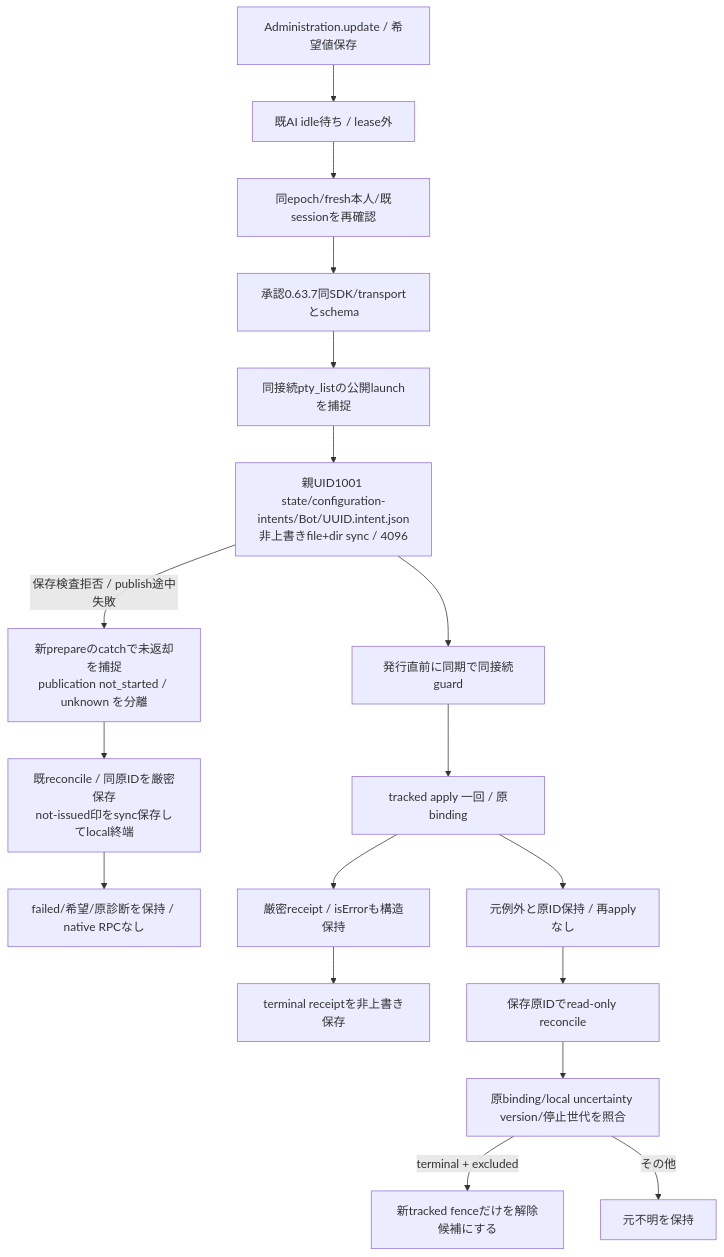
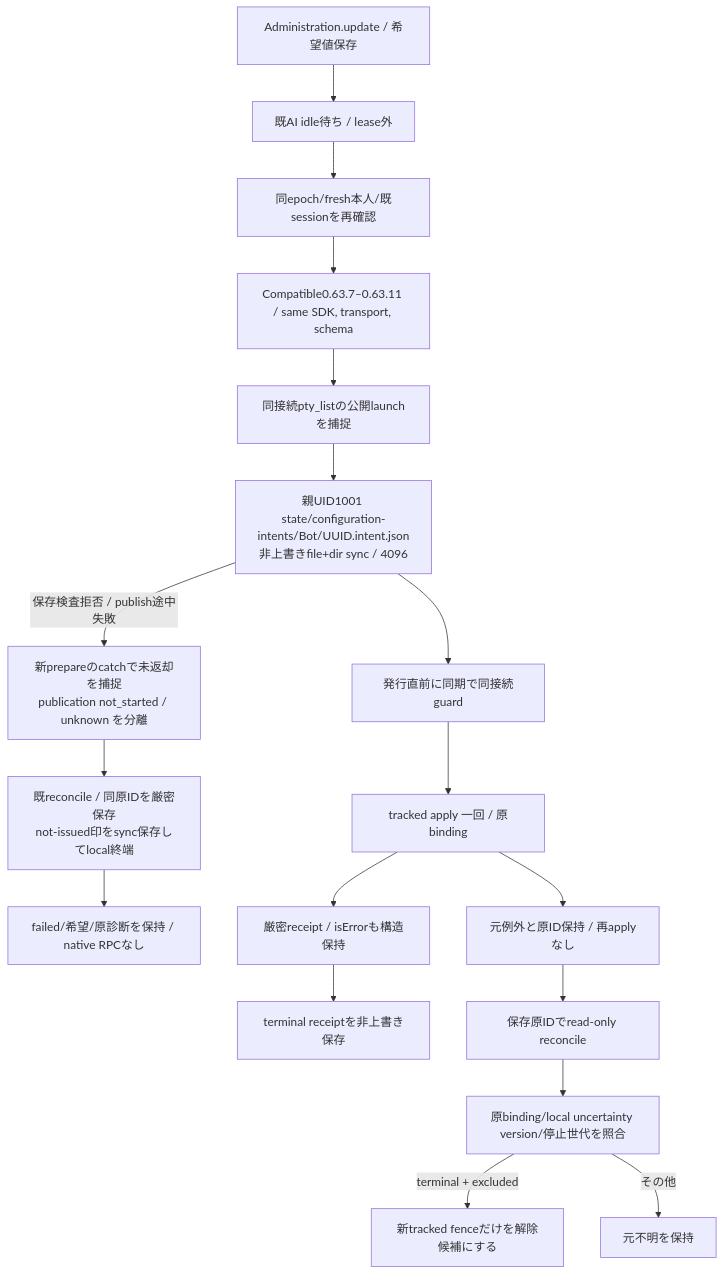
One commit to kitepon/BellTeam changed the diagram in docs/architecture/modules/execution/configuration-requests.md. Above: the diagram before and after it, drawn with Mermaid. The commit also changed other lines of this file and 3 other files, not shown here.

````diff
--- a/docs/architecture/modules/execution/configuration-requests.md
+++ b/docs/architecture/modules/execution/configuration-requests.md
@@ -5,20 +5,20 @@
 ```mermaid
 flowchart TD
   Desired[Administration.update / 希望値保存] --> Idle[既AI idle待ち / lease外]
   Idle --> Fresh[同epoch/fresh本人/既sessionを再確認]
-  Fresh --> Capability[承認0.63.7同SDK/transportとschema]
+  Fresh --> Capability[Compatible0.63.7–0.63.11 / same SDK, transport, schema]
   Capability --> Target[同接続pty_listの公開launchを捕捉]
   Target --> Intent[親UID1001 state/configuration-intents/Bot/UUID.intent.json<br/>非上書きfile+dir sync / 4096]
   Intent --> Guard[発行直前に同期で同接続guard]
   Intent -->|保存検査拒否 / publish途中失敗| Rejected[新prepareのcatchで未返却を捕捉<br/>publication not_started / unknown を分離]
   Rejected --> Local[既reconcile / 同原IDを厳密保存<br/>not-issued印をsync保存してlocal終端]
   Local --> KeepHistory[failed/希望/原診断を保持 / native RPCなし]
   Guard --> Apply[tracked apply 一回 / 原binding]
   Apply --> Receipt[厳密receipt / isErrorも構造保持]
   Apply --> Unknown[元例外と原ID保持 / 再applyなし]
   Receipt --> Terminal[terminal receiptを非上書き保存]
   Unknown --> Reconcile[保存原IDでread-only reconcile]
   Reconcile --> Match[原binding/local uncertainty version/停止世代を照合]
   Match -->|terminal + excluded| Clear[新tracked fenceだけを解除候補にする]
   Match -->|その他| Keep[元不明を保持]
 ```
````
